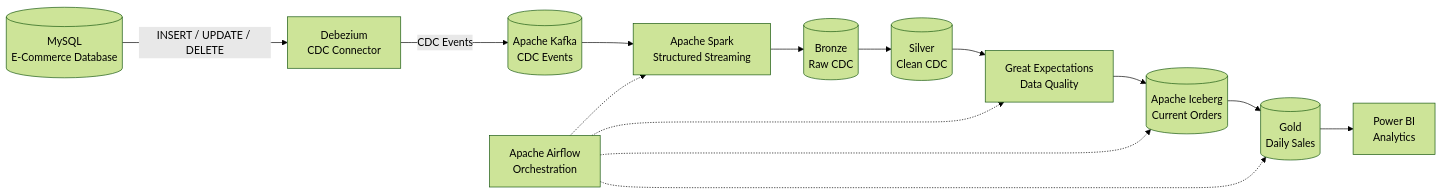
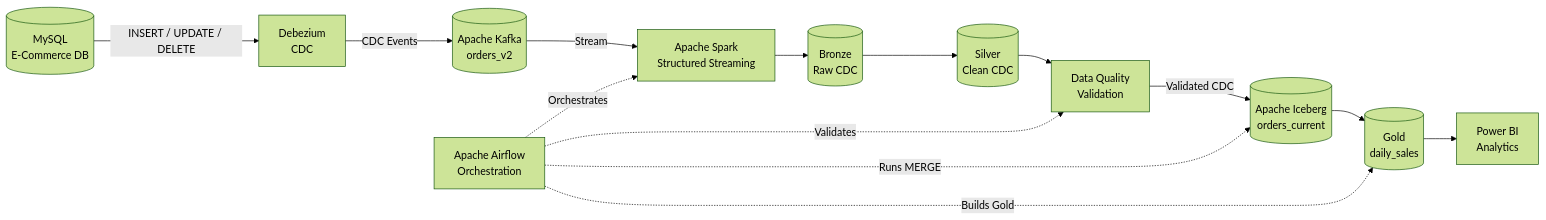
The diagram in README.md (pratikthokal-dev/realtime-ecommerce-data-platform), drawn with Mermaid (forest theme) before and after one commit. The commit also changed other lines of this file, not shown here.

````diff
--- a/README.md
+++ b/README.md
@@ -44,30 +45,36 @@
 ```mermaid
 flowchart LR
 
-    A[(MySQL<br/>E-Commerce Database)]
-    B[Debezium<br/>CDC Connector]
-    C[(Apache Kafka<br/>CDC Events)]
+    A[(MySQL<br/>E-Commerce DB)]
+    B[Debezium<br/>CDC]
+    C[(Apache Kafka<br/>orders_v2)]
     D[Apache Spark<br/>Structured Streaming]
+
     E[(Bronze<br/>Raw CDC)]
     F[(Silver<br/>Clean CDC)]
-    G[(Apache Iceberg<br/>Current Orders)]
-    H[(Gold<br/>Daily Sales)]
-    I[Apache Airflow<br/>Orchestration]
-    J[Great Expectations<br/>Data Quality]
-    K[Power BI<br/>Analytics]
+
+    G[Data Quality<br/>Validation]
+
+    H[(Apache Iceberg<br/>orders_current)]
+
+    I[(Gold<br/>daily_sales)]
+
+    J[Power BI<br/>Analytics]
+
+    K[Apache Airflow<br/>Orchestration]
 
     A -->|INSERT / UPDATE / DELETE| B
     B -->|CDC Events| C
-    C --> D
+    C -->|Stream| D
     D --> E
     E --> F
-    F --> J
-    J --> G
-    G --> H
-    H --> K
+    F --> G
+    G -->|Validated CDC| H
+    H --> I
+    I --> J
 
-    I -.-> D
-    I -.-> J
-    I -.-> G
-    I -.-> H
+    K -.->|Orchestrates| D
+    K -.->|Validates| G
+    K -.->|Runs MERGE| H
+    K -.->|Builds Gold| I
 ```
````
